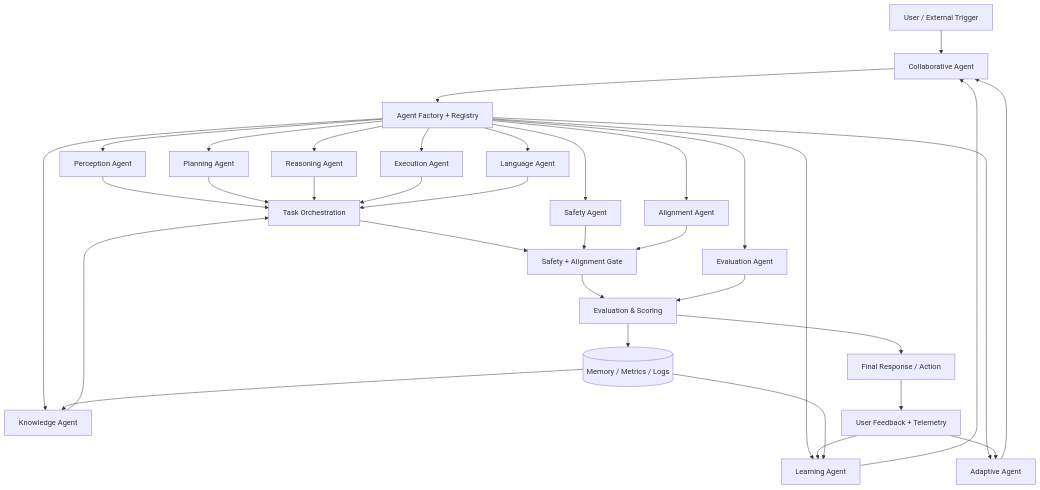
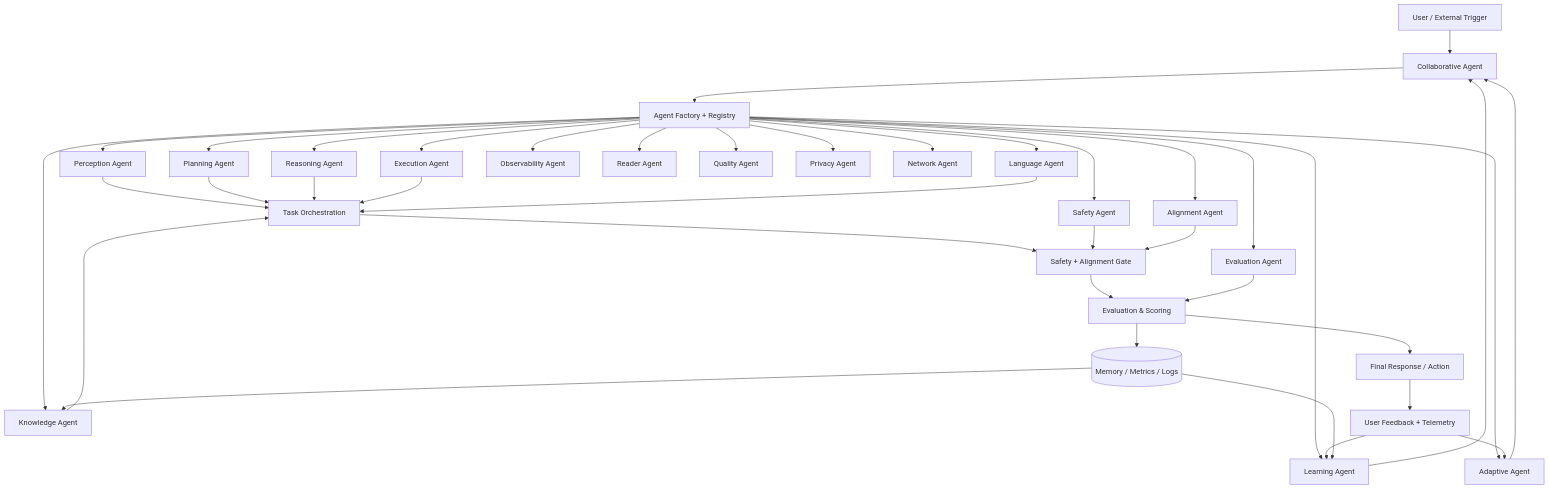
The diagram in README.md (The-Outsider-97/SLAI), drawn with Mermaid before and after one commit. The commit also changed other lines of this file, not shown here.

First line of the commit message:
Expand agent capabilities in README

````diff
--- a/README.md
+++ b/README.md
@@ -24,42 +24,47 @@
 ```mermaid
 graph TD
     U[User / External Trigger] --> CA[Collaborative Agent]
     CA --> AF[Agent Factory + Registry]
 
     AF --> P[Perception Agent]
     AF --> K[Knowledge Agent]
     AF --> PL[Planning Agent]
     AF --> R[Reasoning Agent]
     AF --> EX[Execution Agent]
     AF --> L[Language Agent]
     AF --> LE[Learning Agent]
     AF --> AD[Adaptive Agent]
     AF --> SA[Safety Agent]
     AF --> EV[Evaluation Agent]
     AF --> AL[Alignment Agent]
+    AF --> OB[Observability Agent]
+    AF --> RE[Reader Agent]
+    AF --> QL[Quality Agent]
+    AF --> PR[Privacy Agent]
+    AF --> NW[Network Agent]
 
     P --> ORCH[Task Orchestration]
     K --> ORCH
     PL --> ORCH
     R --> ORCH
     EX --> ORCH
     L --> ORCH
 
     ORCH --> SAFE[Safety + Alignment Gate]
     SA --> SAFE
     AL --> SAFE
 
     SAFE --> EVAL[Evaluation & Scoring]
     EV --> EVAL
 
     EVAL --> OUT[Final Response / Action]
     OUT --> FB[User Feedback + Telemetry]
     FB --> LE
     FB --> AD
     LE --> CA
     AD --> CA
 
     EVAL --> LOGS[(Memory / Metrics / Logs)]
     LOGS --> K
     LOGS --> LE
 ```
````
